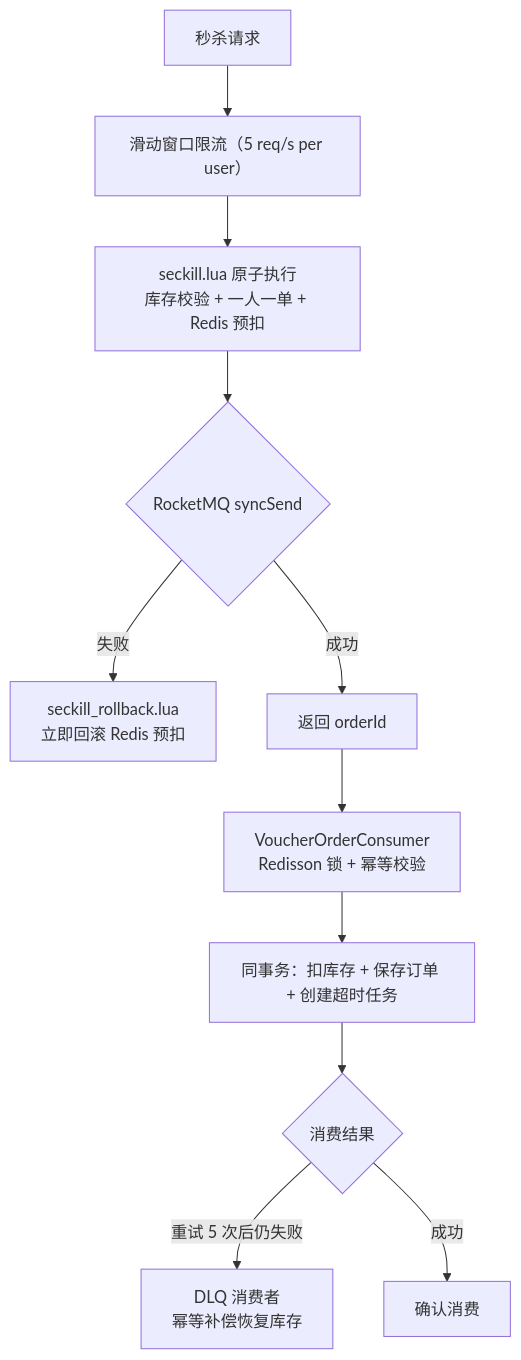
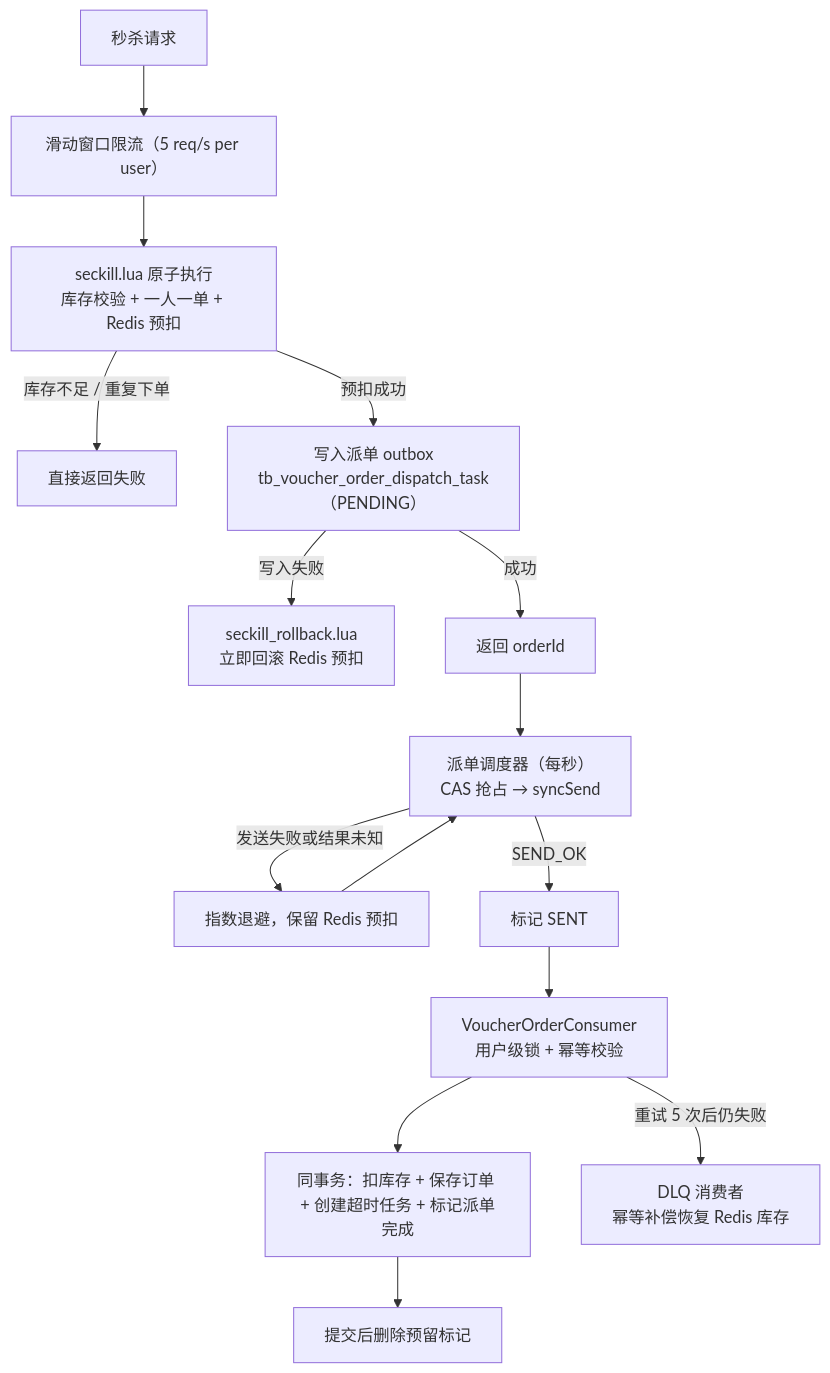
One commit to llyyyq/niche-review changed the second of 5 diagrams in README.md. Above: the diagram before and after it, drawn with Mermaid. The commit also changed other lines of this file, not shown here.

Commit message:
docs: 同步 README 与 outbox 秒杀流程，新增已知问题与后续计划

````diff
--- a/README.md
+++ b/README.md
@@ -126,13 +130,17 @@
 ```mermaid
 flowchart TD
     A["秒杀请求"] --> B["滑动窗口限流（5 req/s per user）"]
     B --> C["seckill.lua 原子执行\n库存校验 + 一人一单 + Redis 预扣"]
-    C --> D{"RocketMQ syncSend"}
-    D -- "失败" --> E["seckill_rollback.lua\n立即回滚 Redis 预扣"]
+    C -- "库存不足 / 重复下单" --> X["直接返回失败"]
+    C -- "预扣成功" --> D["写入派单 outbox\ntb_voucher_order_dispatch_task（PENDING）"]
+    D -- "写入失败" --> E["seckill_rollback.lua\n立即回滚 Redis 预扣"]
     D -- "成功" --> F["返回 orderId"]
-    F --> G["VoucherOrderConsumer\nRedisson 锁 + 幂等校验"]
-    G --> H["同事务：扣库存 + 保存订单 + 创建超时任务"]
-    H --> I{"消费结果"}
-    I -- "重试 5 次后仍失败" --> J["DLQ 消费者\n幂等补偿恢复库存"]
-    I -- "成功" --> K["确认消费"]
+    F --> G["派单调度器（每秒）\nCAS 抢占 → syncSend"]
+    G -- "发送失败或结果未知" --> H["指数退避，保留 Redis 预扣"]
+    H --> G
+    G -- "SEND_OK" --> I["标记 SENT"]
+    I --> J["VoucherOrderConsumer\n用户级锁 + 幂等校验"]
+    J --> K["同事务：扣库存 + 保存订单 + 创建超时任务 + 标记派单完成"]
+    K --> L["提交后删除预留标记"]
+    J -- "重试 5 次后仍失败" --> M["DLQ 消费者\n幂等补偿恢复 Redis 库存"]
 ```
````
